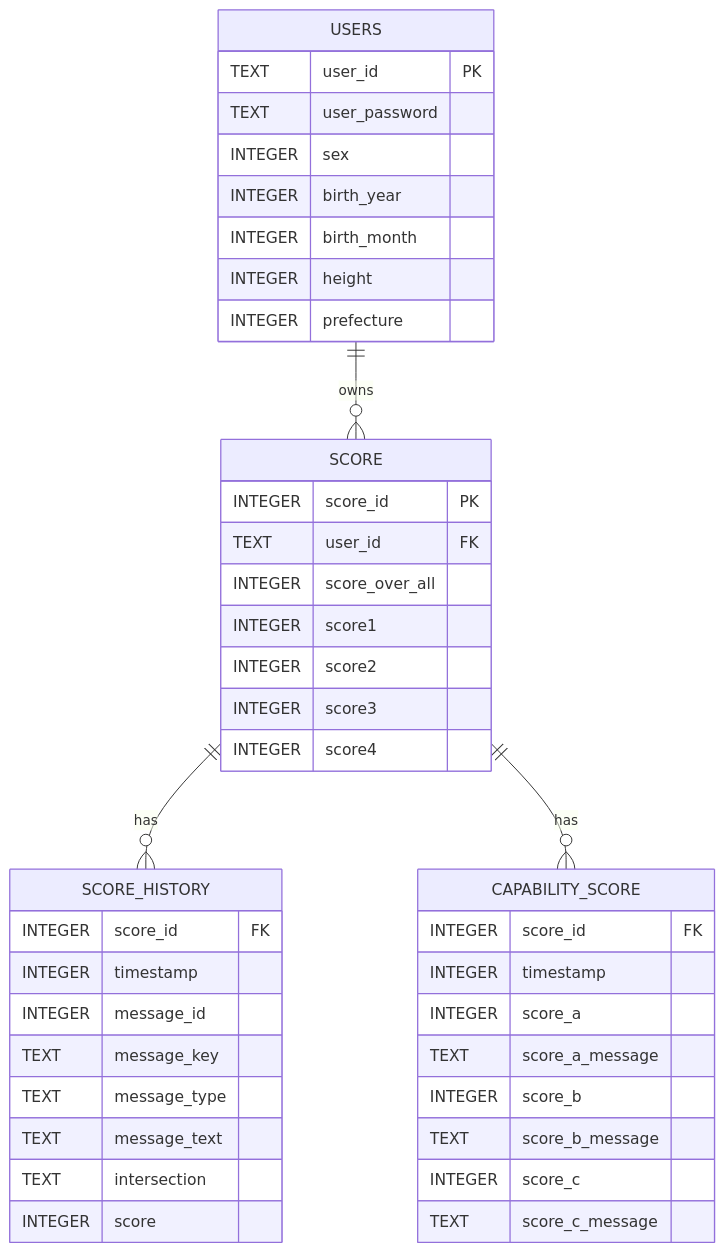
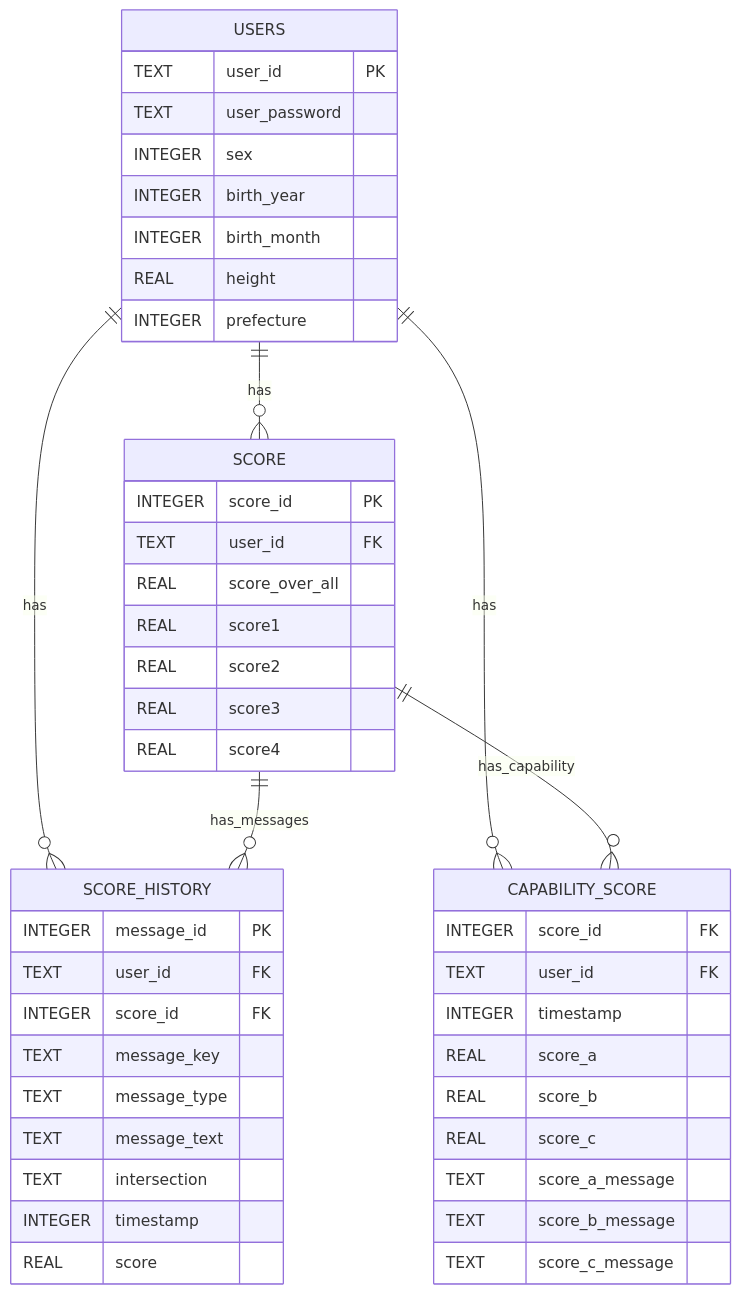
One commit to MaysunWatanabe/driving_score changed the diagram in spec/ER_DIAGRAM.md. Above: the diagram before and after it, drawn with Mermaid. The commit also changed other lines of this file and 42 other files, not shown here.

````diff
--- a/spec/ER_DIAGRAM.md
+++ b/spec/ER_DIAGRAM.md
@@ -9,48 +1,52 @@
 ```mermaid
 erDiagram
-    USERS ||--o{ SCORE : owns
-    SCORE ||--o{ SCORE_HISTORY : has
-    SCORE ||--o{ CAPABILITY_SCORE : has
+    USERS ||--o{ SCORE : "has"
+    USERS ||--o{ SCORE_HISTORY : "has"
+    USERS ||--o{ CAPABILITY_SCORE : "has"
+    SCORE ||--o{ SCORE_HISTORY : "has_messages"
+    SCORE ||--o{ CAPABILITY_SCORE : "has_capability"
 
     USERS {
         TEXT user_id PK
         TEXT user_password
         INTEGER sex
         INTEGER birth_year
         INTEGER birth_month
-        INTEGER height
+        REAL height
         INTEGER prefecture
     }
 
     SCORE {
         INTEGER score_id PK
         TEXT user_id FK
-        INTEGER score_over_all
-        INTEGER score1
-        INTEGER score2
-        INTEGER score3
-        INTEGER score4
+        REAL score_over_all
+        REAL score1
+        REAL score2
+        REAL score3
+        REAL score4
     }
 
     SCORE_HISTORY {
+        INTEGER message_id PK
+        TEXT user_id FK
         INTEGER score_id FK
-        INTEGER timestamp
-        INTEGER message_id
         TEXT message_key
         TEXT message_type
         TEXT message_text
         TEXT intersection
-        INTEGER score
+        INTEGER timestamp
+        REAL score
     }
 
     CAPABILITY_SCORE {
         INTEGER score_id FK
+        TEXT user_id FK
         INTEGER timestamp
-        INTEGER score_a
+        REAL score_a
+        REAL score_b
+        REAL score_c
         TEXT score_a_message
-        INTEGER score_b
         TEXT score_b_message
-        INTEGER score_c
         TEXT score_c_message
     }
 ```
````
